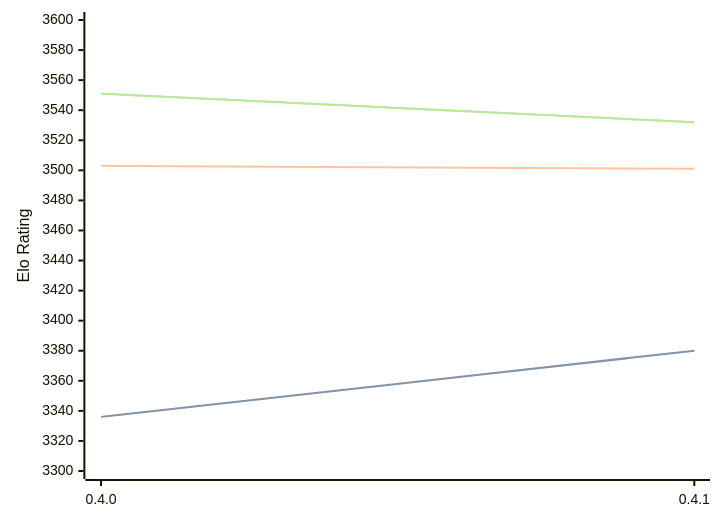
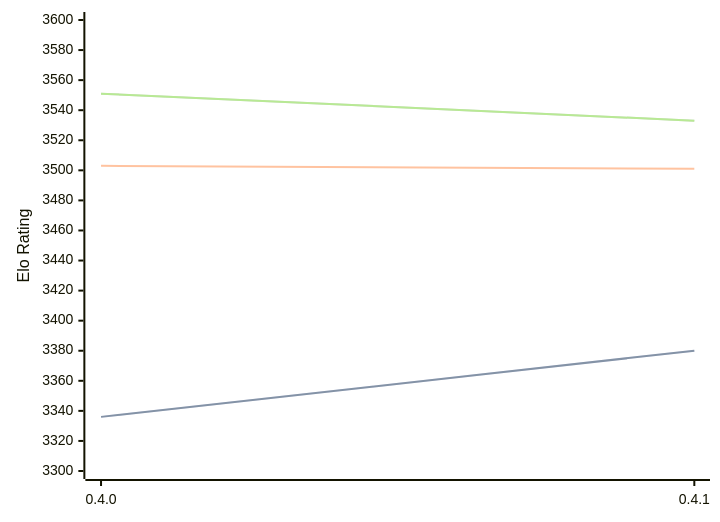
One commit to computer-chess-index/cci changed the diagram in engines/Cinder.md. Above: the diagram before and after it, drawn with Mermaid. The commit also changed other lines of this file, not shown here.

Commit message:
Update CCI Ratings (ELO VLTC) - 2026-04-09

````diff
--- a/engines/Cinder.md
+++ b/engines/Cinder.md
@@ -40,11 +40,11 @@
 ```mermaid
 %%{init: {"theme":"base","themeVariables":{"seriesColors:['#a3a3a3','#222221','#faa371']}}}%%
 xychart-beta
   x-axis ["0.4.0", "0.4.1"]
   y-axis "Elo Rating" 3300 --> 3600
   line "STC (8.0+0.08s)" [3336, 3380]
   line "STC (8.0+0.08s)" [3336, 3380]
   line "LTC (60.0+0.60s)" [3503, 3501]
-  line "VLTC (2m24s+1.12s)" [3551, 3532]
-  line "VLTC (2m24s+1.12s)" [3551, 3532]
+  line "VLTC (2m24s+1.12s)" [3551, 3533]
+  line "VLTC (2m24s+1.12s)" [3551, 3533]
 ```
````
